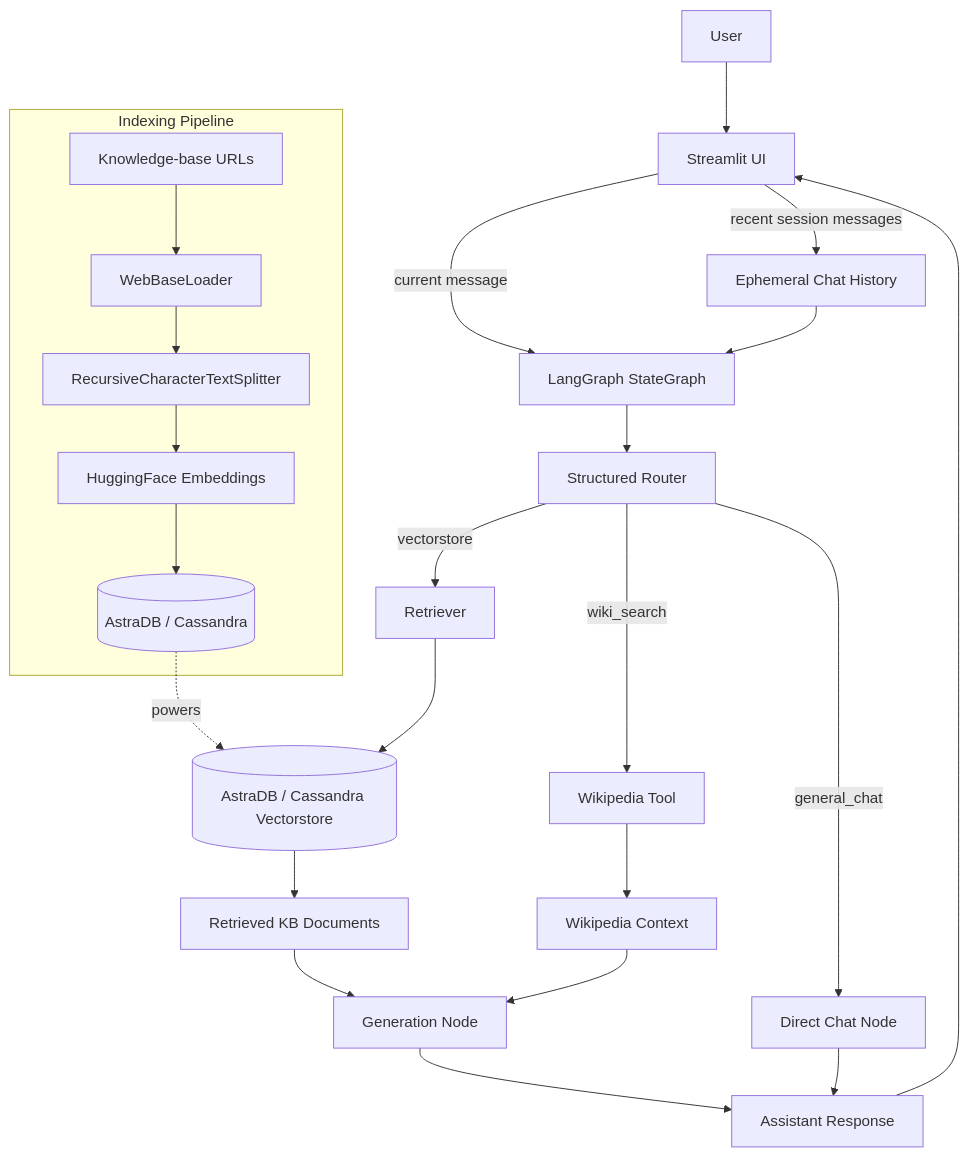
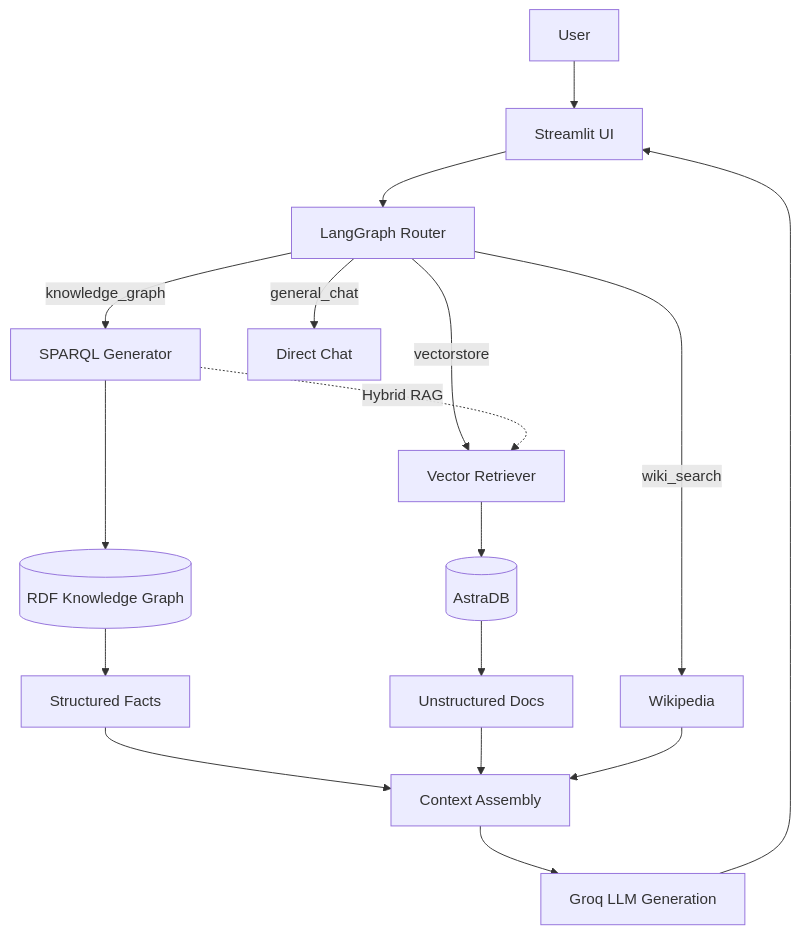
The diagram in README.md (Shreyansh123185655/multi-agent-rag), drawn with Mermaid before and after one commit. The commit also changed other lines of this file and 6 other files, not shown here.

Commit message:
feat: integrate Clinical Knowledge Graph RAG with RDF/SPARQL

````diff
--- a/README.md
+++ b/README.md
@@ -65,33 +46,24 @@
 ```mermaid
 flowchart TD
     U[User] --> UI[Streamlit UI]
-    UI -->|current message| G[LangGraph StateGraph]
-    UI -->|recent session messages| H[Ephemeral Chat History]
-    H --> G
+    UI --> G[LangGraph Router]
 
-    G --> R[Structured Router]
-    R -->|vectorstore| V[Retriever]
-    R -->|wiki_search| W[Wikipedia Tool]
-    R -->|general_chat| C[Direct Chat Node]
+    G -->|vectorstore| V[Vector Retriever]
+    G -->|knowledge_graph| KG[SPARQL Generator]
+    G -->|wiki_search| W[Wikipedia]
+    G -->|general_chat| C[Direct Chat]
 
-    V --> KB[(AstraDB / Cassandra Vectorstore)]
-    KB --> D[Retrieved KB Documents]
-    W --> WD[Wikipedia Context]
+    KG --> RDF[(RDF Knowledge Graph)]
+    RDF --> FACTS[Structured Facts]
+    KG -. Hybrid RAG .-> V
 
-    D --> GEN[Generation Node]
-    WD --> GEN
-    C --> OUT[Assistant Response]
-    GEN --> OUT
-    OUT --> UI
-
-    subgraph IDX[Indexing Pipeline]
-        URLS[Knowledge-base URLs]
-        LOAD[WebBaseLoader]
-        SPLIT[RecursiveCharacterTextSplitter]
-        EMB[HuggingFace Embeddings]
-        STORE[(AstraDB / Cassandra)]
-        URLS --> LOAD --> SPLIT --> EMB --> STORE
-    end
-
-    STORE -. powers .-> KB
+    V --> KB[(AstraDB)]
+    KB --> DOCS[Unstructured Docs]
+    
+    FACTS --> GEN[Context Assembly]
+    DOCS --> GEN
+    W --> GEN
+    
+    GEN --> LLM[Groq LLM Generation]
+    LLM --> UI
 ```
````
